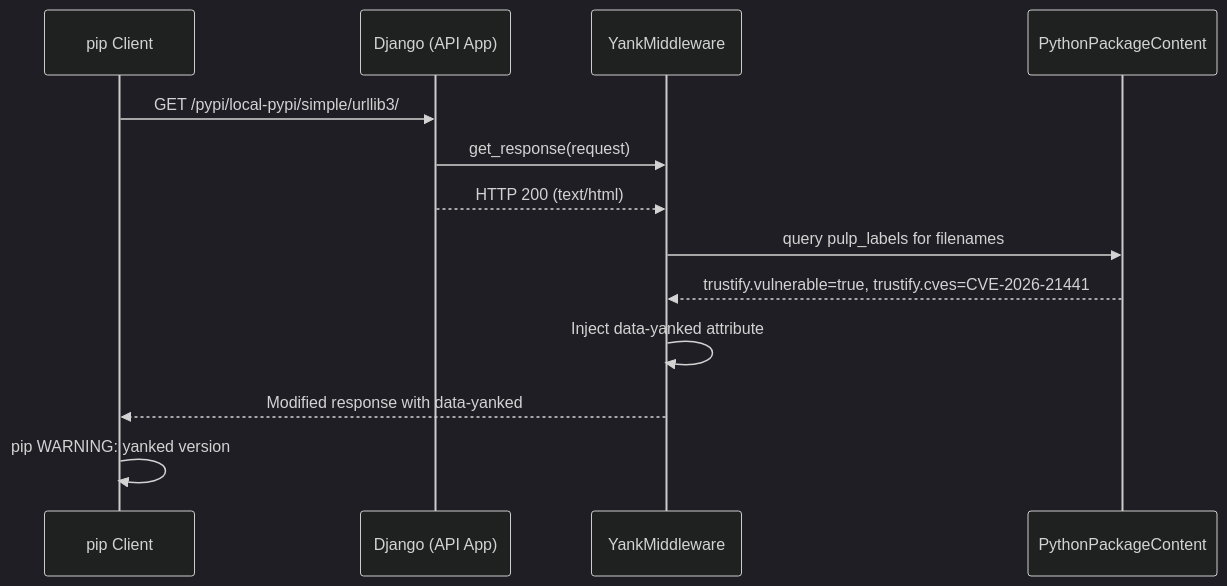
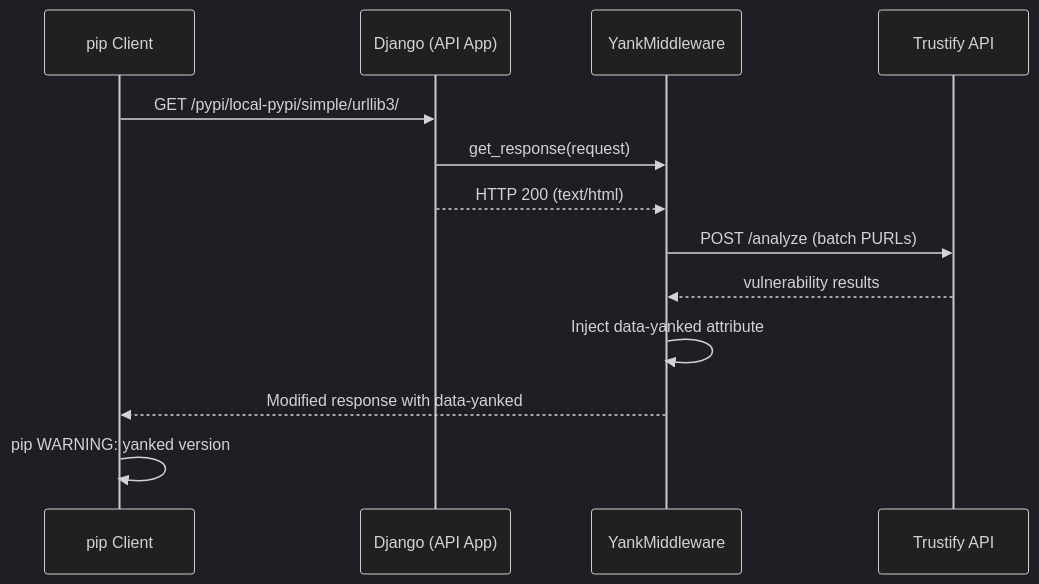
The first of 2 diagrams in docs/yank.md (otaviof/pulp_trustify), drawn with Mermaid (dark theme) before and after one commit. The commit also changed other lines of this file and 10 other files, not shown here.

First line of the commit message:
feat(yank): query Trustify live for vulnerability status

````diff
--- a/docs/yank.md
+++ b/docs/yank.md
@@ -11,16 +11,16 @@
 ```mermaid
 sequenceDiagram
     participant C as pip Client
     participant D as Django (API App)
     participant Y as YankMiddleware
-    participant DB as PythonPackageContent
+    participant T as Trustify API
 
     C->>D: GET /pypi/local-pypi/simple/urllib3/
     D->>Y: get_response(request)
     D-->>Y: HTTP 200 (text/html)
-    Y->>DB: query pulp_labels for filenames
-    DB-->>Y: trustify.vulnerable=true, trustify.cves=CVE-2026-21441
+    Y->>T: POST /analyze (batch PURLs)
+    T-->>Y: vulnerability results
     Y->>Y: Inject data-yanked attribute
     Y-->>C: Modified response with data-yanked
     C->>C: pip WARNING: yanked version
 ```
````
